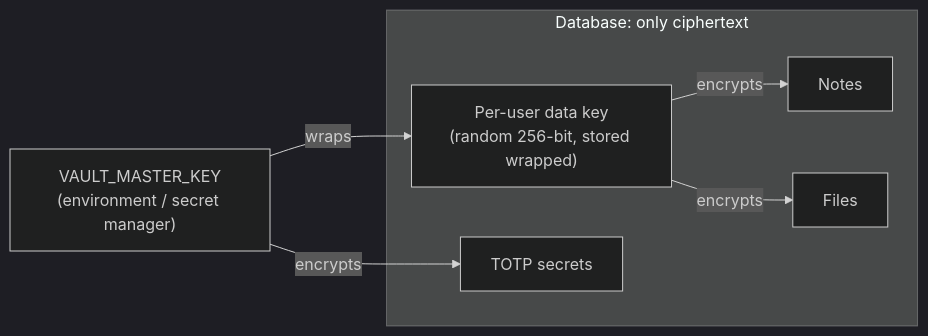
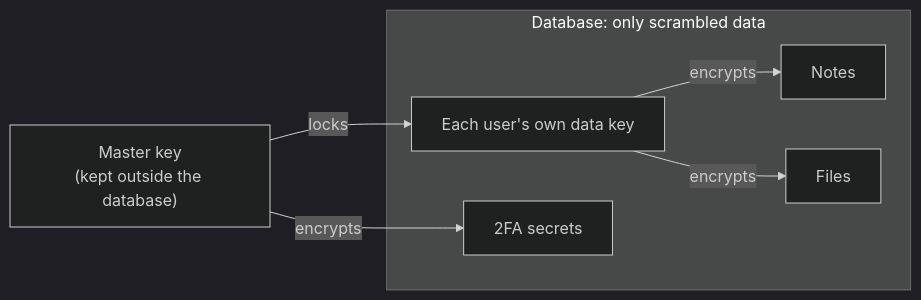
Before and after one commit to funsoi-hub/secure-vault: the diagram in README.md, drawn with Mermaid (dark theme). The commit also changed other lines of this file, not shown here.

````diff
--- a/README.md
+++ b/README.md
@@ -25,13 +31,13 @@
 ```mermaid
 flowchart LR
-    ENV["VAULT_MASTER_KEY<br/>(environment / secret manager)"] -->|wraps| DEK["Per-user data key<br/>(random 256-bit, stored wrapped)"]
+    ENV["Master key<br/>(kept outside the database)"] -->|locks| DEK["Each user's own data key"]
     DEK -->|encrypts| N["Notes"]
     DEK -->|encrypts| F["Files"]
-    ENV -->|encrypts| T["TOTP secrets"]
-    subgraph DB["Database: only ciphertext"]
+    ENV -->|encrypts| T["2FA secrets"]
+    subgraph DB["Database: only scrambled data"]
         N
         F
         T
         DEK
     end
 ```
````
